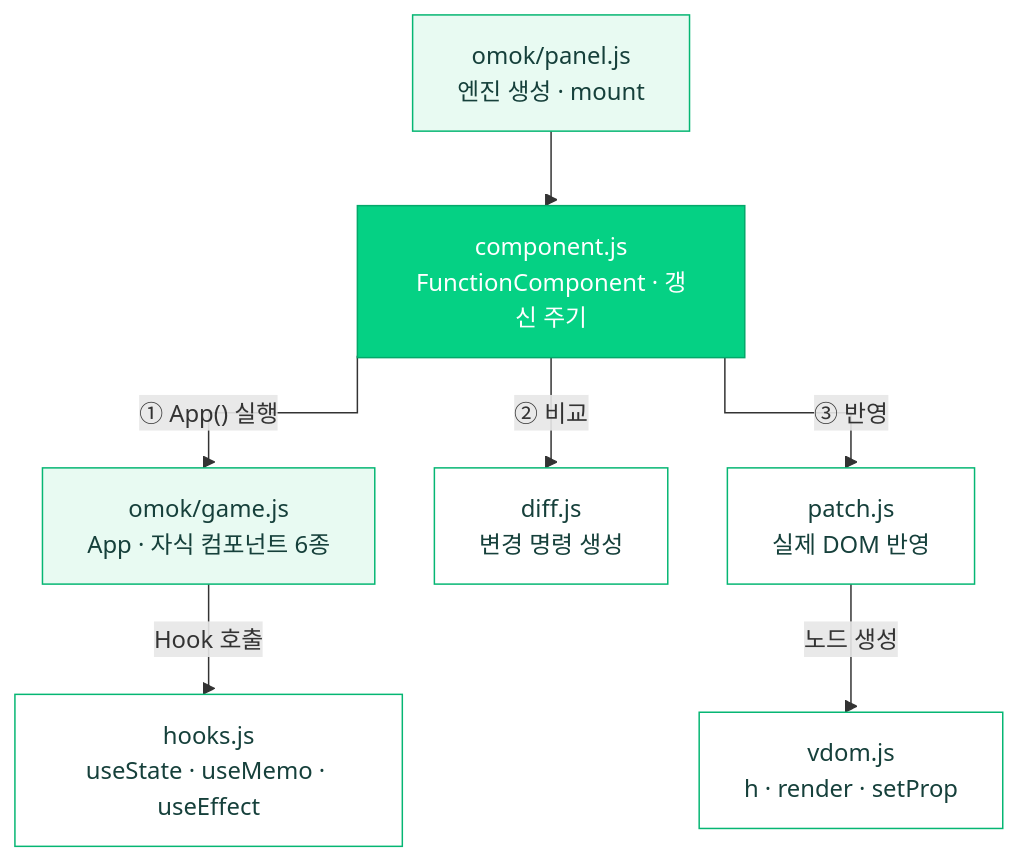
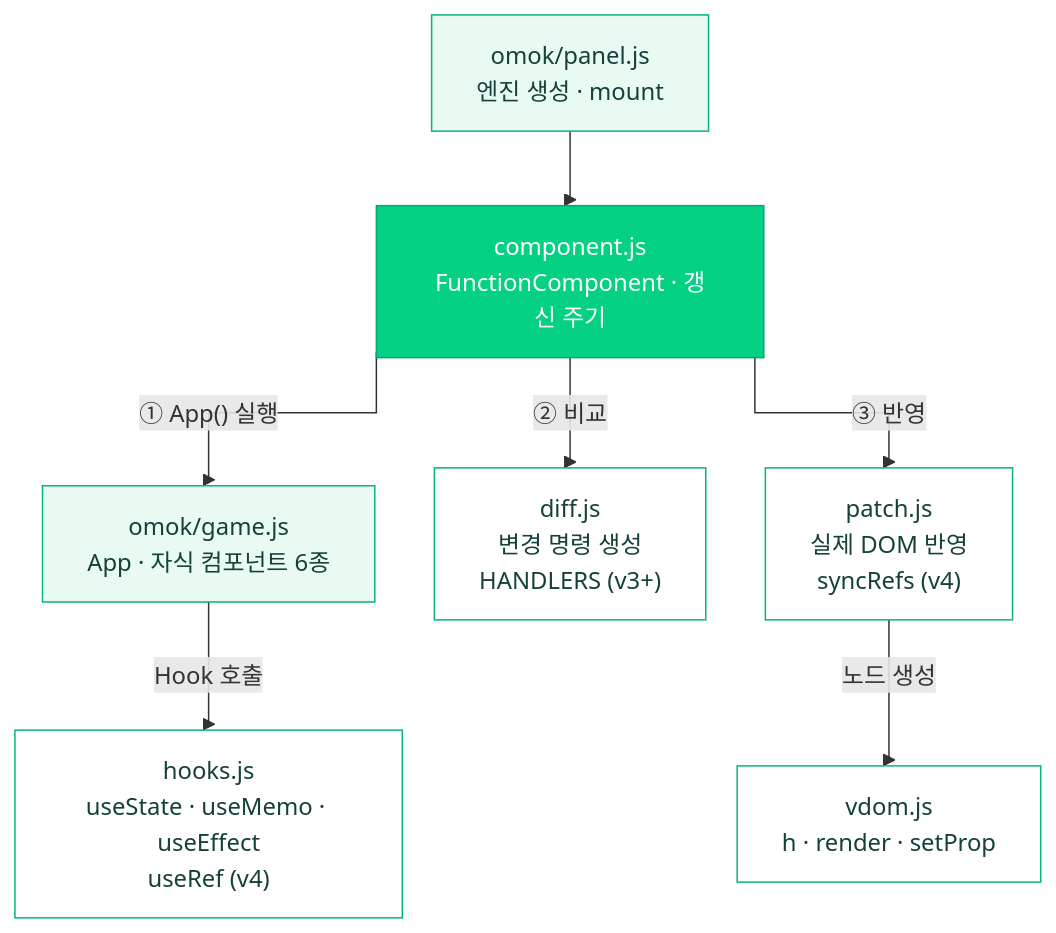
The first of 3 diagrams in README.md (Jongeume/mini-react), drawn with Mermaid before and after one commit. The commit also changed other lines of this file and 3 other files, not shown here.

````diff
--- a/README.md
+++ b/README.md
@@ -43,27 +44,27 @@
 ```mermaid
 %%{init: {"flowchart": {"curve": "stepBefore", "nodeSpacing": 40, "rankSpacing": 50}}}%%
 flowchart TB
   PANEL["omok/panel.js<br/>엔진 생성 · mount"]
   COMP["component.js<br/>FunctionComponent · 갱신 주기"]
 
   GAME["omok/game.js<br/>App · 자식 컴포넌트 6종"]
-  DIFF["diff.js<br/>변경 명령 생성"]
-  PATCH["patch.js<br/>실제 DOM 반영"]
+  DIFF["diff.js<br/>변경 명령 생성<br/>HANDLERS (v3+)"]
+  PATCH["patch.js<br/>실제 DOM 반영<br/>syncRefs (v4)"]
 
-  HOOKS["hooks.js<br/>useState · useMemo · useEffect"]
+  HOOKS["hooks.js<br/>useState · useMemo · useEffect<br/>useRef (v4)"]
   VDOM["vdom.js<br/>h · render · setProp"]
 
   PANEL --> COMP
   COMP -->|"① App() 실행"| GAME
   COMP -->|"② 비교"| DIFF
   COMP -->|"③ 반영"| PATCH
   GAME -->|Hook 호출| HOOKS
   PATCH -->|노드 생성| VDOM
 
   classDef app fill:#e8faf2,stroke:#05b673,color:#16403b
   classDef core fill:#05d184,stroke:#04a86a,color:#ffffff
   classDef mod fill:#ffffff,stroke:#05b673,color:#16403b
   class PANEL,GAME app
   class COMP core
   class HOOKS,DIFF,PATCH,VDOM mod
 ```
````
